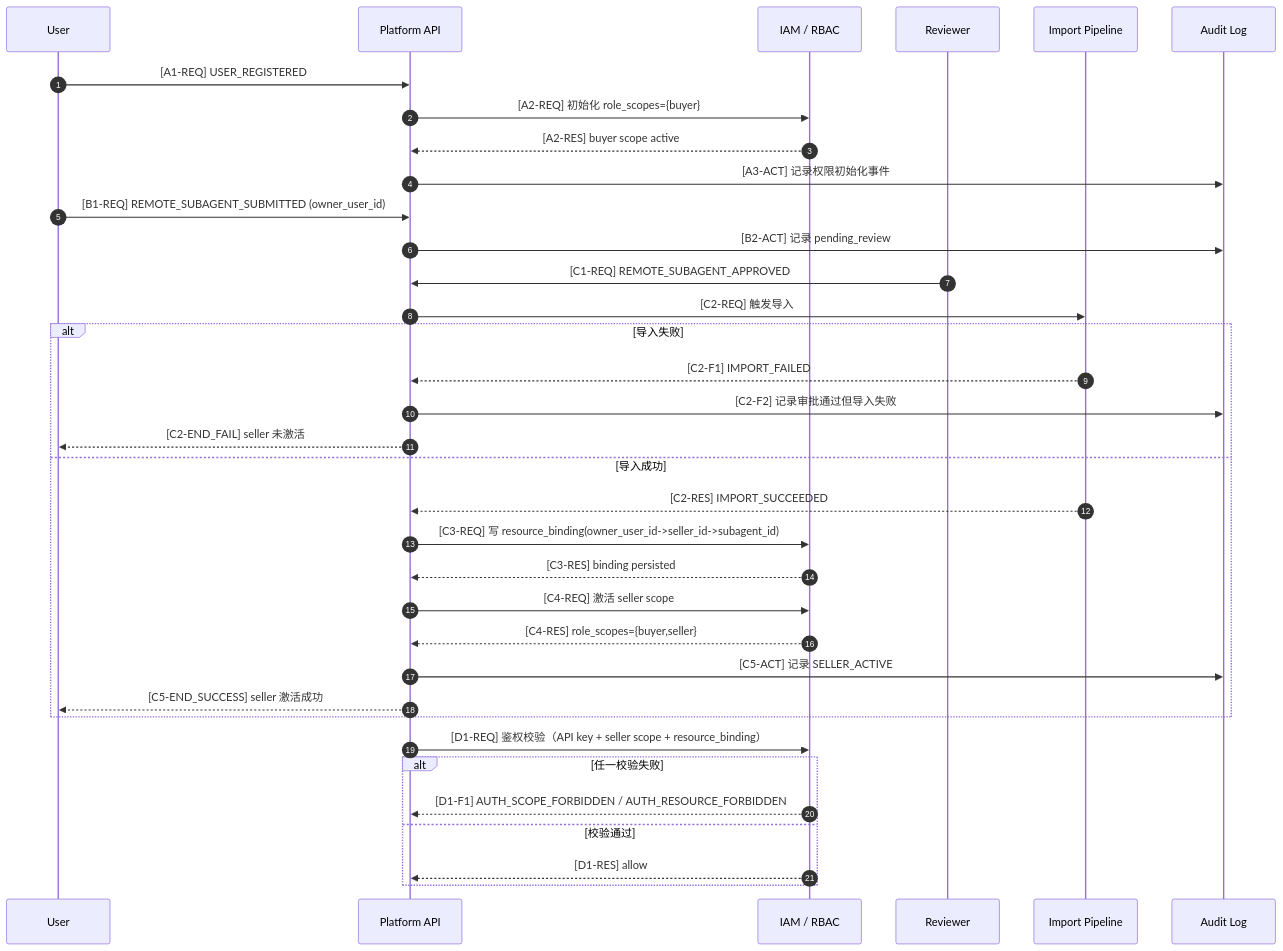
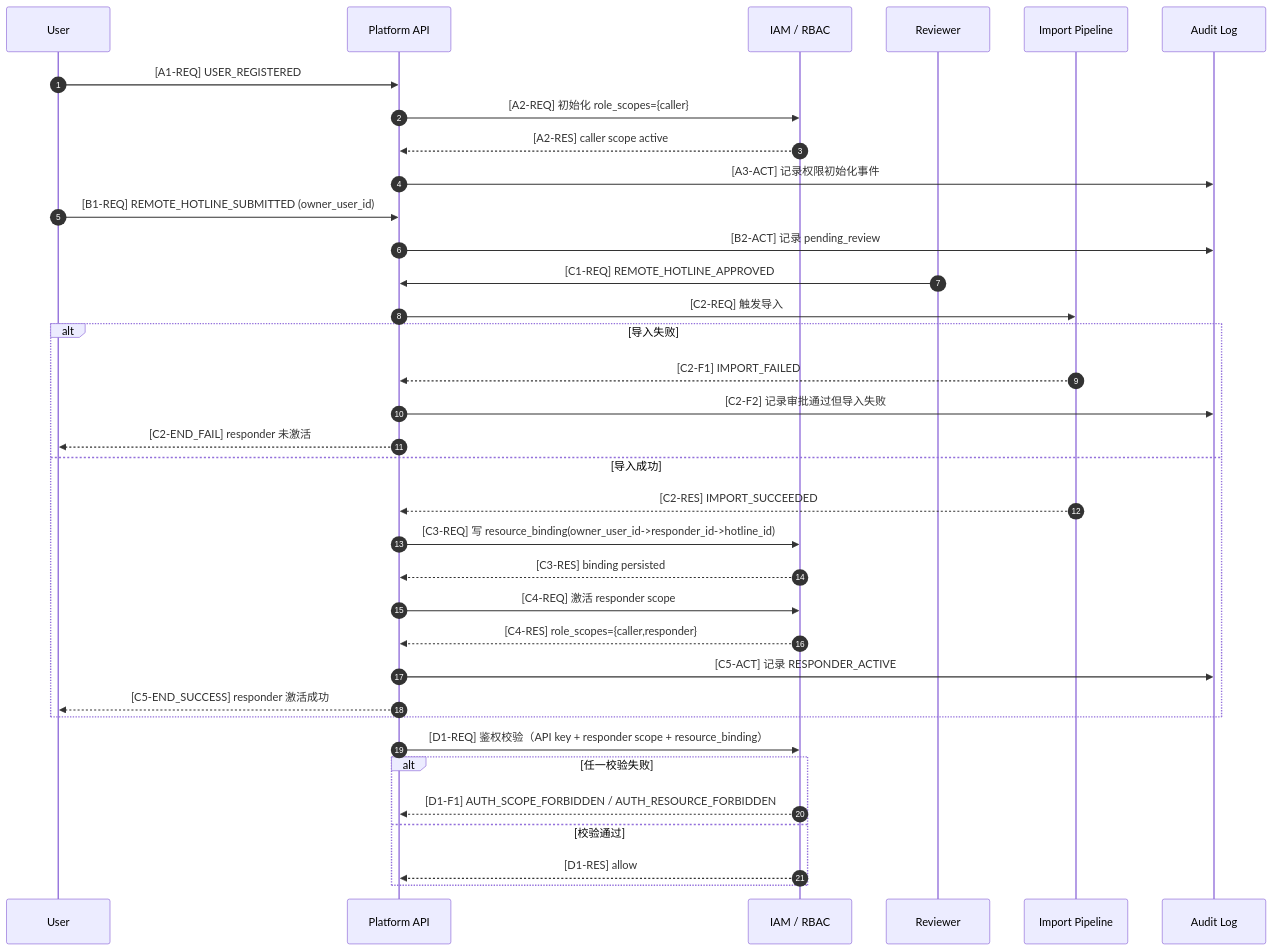
The second of 2 diagrams in docs/current/diagrams/permission-lifecycle-and-rbac.md (hejiajiudeeyu/delegated-execution-protocol), drawn with Mermaid before and after one commit. The commit also changed other lines of this file and 110 other files, not shown here.

First line of the commit message:
docs: replace subagent terminology with hotline across protocol docs and templates

````diff
--- a/docs/current/diagrams/permission-lifecycle-and-rbac.md
+++ b/docs/current/diagrams/permission-lifecycle-and-rbac.md
@@ -57,41 +57,41 @@
 ```mermaid
 sequenceDiagram
     autonumber
     participant U as User
     participant P as Platform API
     participant IAM as IAM / RBAC
     participant RV as Reviewer
     participant IMP as Import Pipeline
     participant AUD as Audit Log
 
     U->>P: [A1-REQ] USER_REGISTERED
-    P->>IAM: [A2-REQ] 初始化 role_scopes={buyer}
-    IAM-->>P: [A2-RES] buyer scope active
+    P->>IAM: [A2-REQ] 初始化 role_scopes={caller}
+    IAM-->>P: [A2-RES] caller scope active
     P->>AUD: [A3-ACT] 记录权限初始化事件
 
-    U->>P: [B1-REQ] REMOTE_SUBAGENT_SUBMITTED (owner_user_id)
+    U->>P: [B1-REQ] REMOTE_HOTLINE_SUBMITTED (owner_user_id)
     P->>AUD: [B2-ACT] 记录 pending_review
 
-    RV->>P: [C1-REQ] REMOTE_SUBAGENT_APPROVED
+    RV->>P: [C1-REQ] REMOTE_HOTLINE_APPROVED
     P->>IMP: [C2-REQ] 触发导入
     alt 导入失败
         IMP-->>P: [C2-F1] IMPORT_FAILED
         P->>AUD: [C2-F2] 记录审批通过但导入失败
-        P-->>U: [C2-END_FAIL] seller 未激活
+        P-->>U: [C2-END_FAIL] responder 未激活
     else 导入成功
         IMP-->>P: [C2-RES] IMPORT_SUCCEEDED
-        P->>IAM: [C3-REQ] 写 resource_binding(owner_user_id->seller_id->subagent_id)
+        P->>IAM: [C3-REQ] 写 resource_binding(owner_user_id->responder_id->hotline_id)
         IAM-->>P: [C3-RES] binding persisted
-        P->>IAM: [C4-REQ] 激活 seller scope
-        IAM-->>P: [C4-RES] role_scopes={buyer,seller}
-        P->>AUD: [C5-ACT] 记录 SELLER_ACTIVE
-        P-->>U: [C5-END_SUCCESS] seller 激活成功
+        P->>IAM: [C4-REQ] 激活 responder scope
+        IAM-->>P: [C4-RES] role_scopes={caller,responder}
+        P->>AUD: [C5-ACT] 记录 RESPONDER_ACTIVE
+        P-->>U: [C5-END_SUCCESS] responder 激活成功
     end
 
-    P->>IAM: [D1-REQ] 鉴权校验（API key + seller scope + resource_binding）
+    P->>IAM: [D1-REQ] 鉴权校验（API key + responder scope + resource_binding）
     alt 任一校验失败
         IAM-->>P: [D1-F1] AUTH_SCOPE_FORBIDDEN / AUTH_RESOURCE_FORBIDDEN
     else 校验通过
         IAM-->>P: [D1-RES] allow
     end
 ```
````
